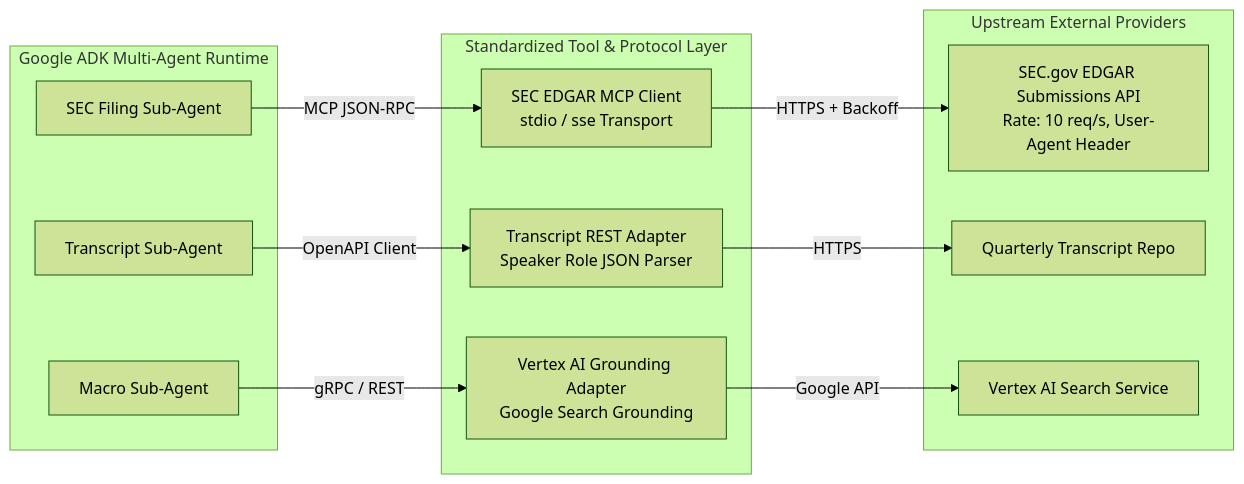
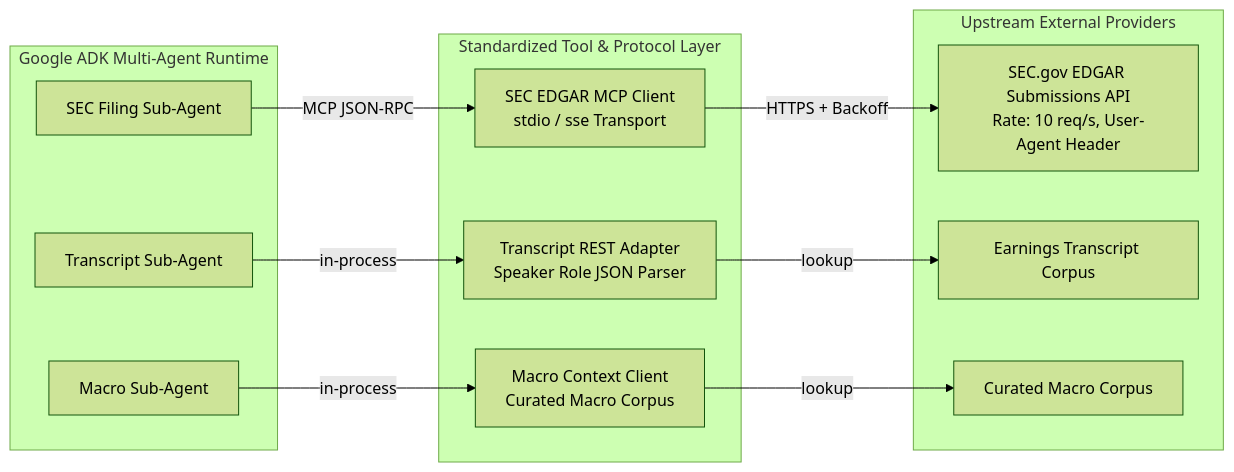
One commit to Ignotus-21/Finance-Agent---Investment-Research-Agent changed the first of 2 diagrams in docs/grounding_and_api_discovery.md. Above: the diagram before and after it, drawn with Mermaid (forest theme). The commit also changed other lines of this file and 27 other files, not shown here.

````diff
--- a/docs/grounding_and_api_discovery.md
+++ b/docs/grounding_and_api_discovery.md
@@ -17,24 +17,24 @@
 ```mermaid
 graph LR
     subgraph MultiAgentCore [Google ADK Multi-Agent Runtime]
         SECAgent[SEC Filing Sub-Agent]
         TranscriptAgent[Transcript Sub-Agent]
         MacroAgent[Macro Sub-Agent]
     end
 
     subgraph ToolInterfaces [Standardized Tool & Protocol Layer]
         SECMCP[SEC EDGAR MCP Client<br/>stdio / sse Transport]
         TranscriptTool[Transcript REST Adapter<br/>Speaker Role JSON Parser]
-        SearchTool[Vertex AI Grounding Adapter<br/>Google Search Grounding]
+        SearchTool[Macro Context Client<br/>Curated Macro Corpus]
     end
 
     subgraph ExternalServices [Upstream External Providers]
         EDGAR[SEC.gov EDGAR Submissions API<br/>Rate: 10 req/s, User-Agent Header]
-        TranscriptAPI[Quarterly Transcript Repo]
-        GoogleSearch[Vertex AI Search Service]
+        TranscriptAPI[Earnings Transcript Corpus]
+        GoogleSearch[Curated Macro Corpus]
     end
 
     SECAgent -->|MCP JSON-RPC| SECMCP -->|HTTPS + Backoff| EDGAR
-    TranscriptAgent -->|OpenAPI Client| TranscriptTool -->|HTTPS| TranscriptAPI
-    MacroAgent -->|gRPC / REST| SearchTool -->|Google API| GoogleSearch
+    TranscriptAgent -->|in-process| TranscriptTool -->|lookup| TranscriptAPI
+    MacroAgent -->|in-process| SearchTool -->|lookup| GoogleSearch
 ```
````
